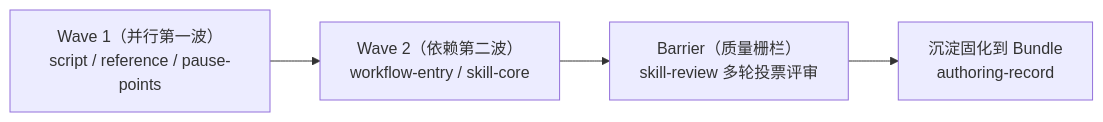
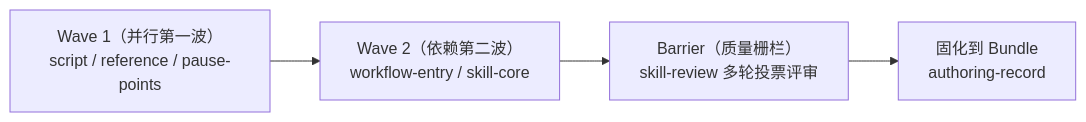
The second of 2 diagrams in zh/cli/bundle.mdx (rpamis/comet-website-docs), drawn with Mermaid before and after one commit. The commit also changed other lines of this file and 103 other files, not shown here.

````diff
--- a/zh/cli/bundle.mdx
+++ b/zh/cli/bundle.mdx
@@ -63,6 +63,6 @@
 ```mermaid
 flowchart LR
     W1["Wave 1（并行第一波）<br/>script / reference / pause-points"] --> W2["Wave 2（依赖第二波）<br/>workflow-entry / skill-core"]
     W2 --> B["Barrier（质量栅栏）<br/>skill-review 多轮投票评审"]
-    B --> R["沉淀固化到 Bundle<br/>authoring-record"]
+    B --> R["固化到 Bundle<br/>authoring-record"]
 ```
````
